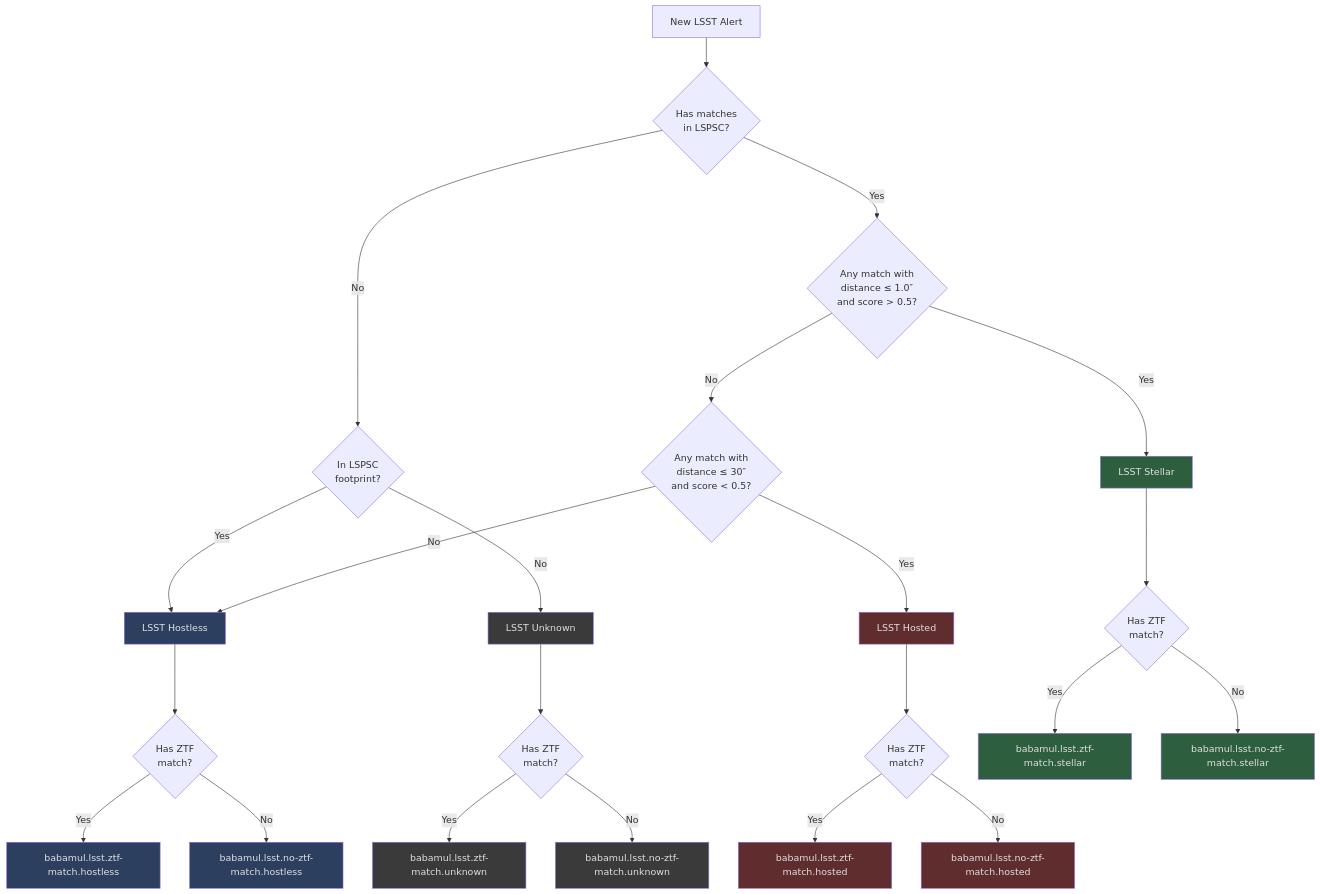
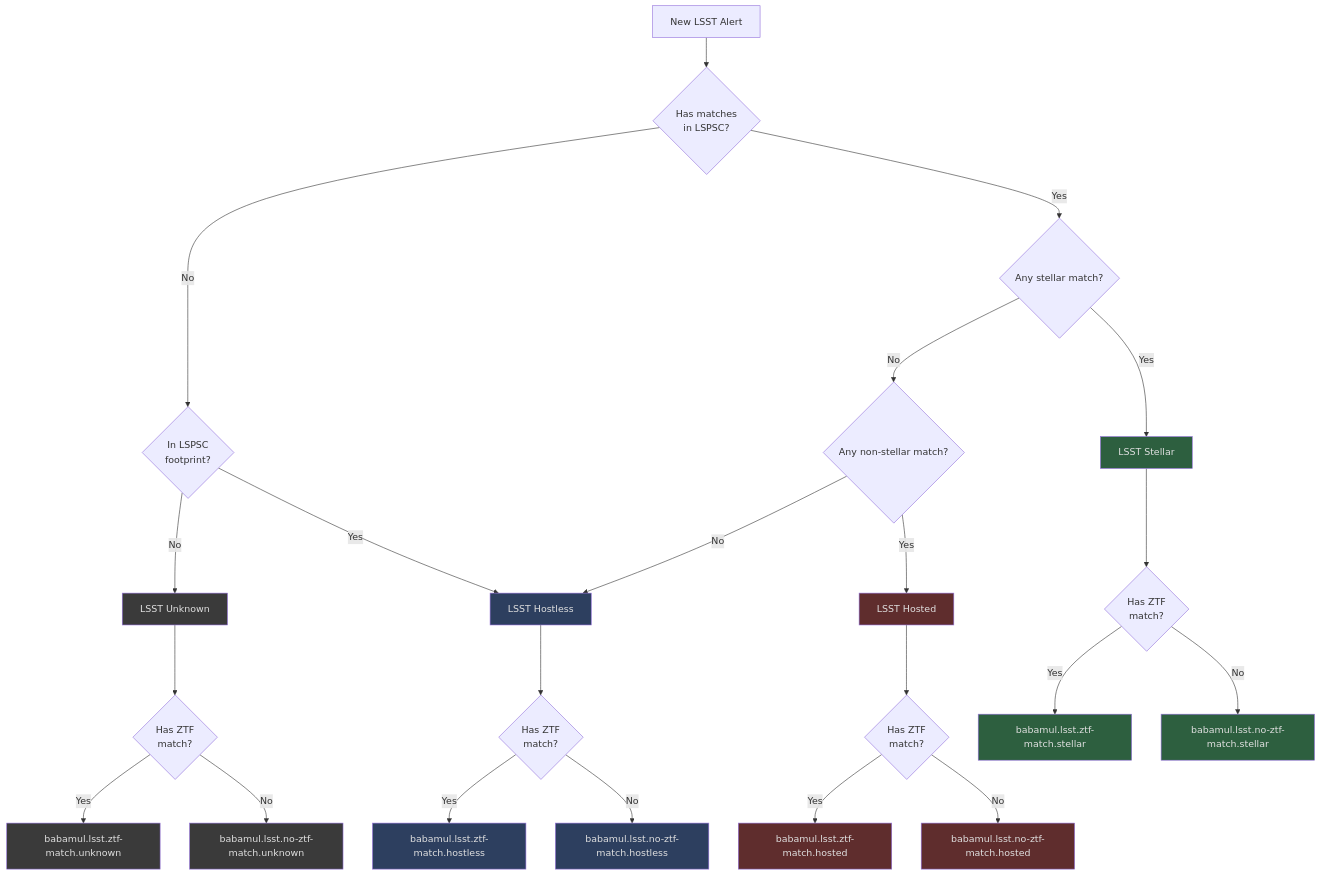
The second of 3 diagrams in docs/babamul.md (boom-astro/boom), drawn with Mermaid before and after one commit. The commit also changed other lines of this file, not shown here.

Commit message:
simplify

````diff
--- a/docs/babamul.md
+++ b/docs/babamul.md
@@ -133,41 +133,41 @@
 ```mermaid
 flowchart TD
     LSST[New LSST Alert] --> CheckLSPSC{Has matches<br/>in LSPSC?}
 
     CheckLSPSC -->|No| CheckFootprint{In LSPSC<br/>footprint?}
+    CheckFootprint -->|No| LSST_Unknown[LSST Unknown]
     CheckFootprint -->|Yes| LSST_Hostless[LSST Hostless]
-    CheckFootprint -->|No| LSST_Unknown[LSST Unknown]
 
-    CheckLSPSC -->|Yes| CheckLSSTStellar{Any match with<br/>distance ≤ 1.0″<br/>and score > 0.5?}
+    CheckLSPSC -->|Yes| CheckLSSTStellar{Any stellar match?}
     CheckLSSTStellar -->|Yes| LSST_Stellar[LSST Stellar]
-    CheckLSSTStellar -->|No| CheckHosted{Any match with<br/>distance ≤ 30″<br/>and score < 0.5?}
+    CheckLSSTStellar -->|No| CheckHosted{Any non-stellar match?}
     CheckHosted -->|Yes| LSST_Hosted[LSST Hosted]
     CheckHosted -->|No| LSST_Hostless
 
     LSST_Stellar --> CheckZTFMatch_Stellar{Has ZTF<br/>match?}
     LSST_Hosted --> CheckZTFMatch_Hosted{Has ZTF<br/>match?}
     LSST_Hostless --> CheckZTFMatch_Hostless{Has ZTF<br/>match?}
     LSST_Unknown --> CheckZTFMatch_Unknown{Has ZTF<br/>match?}
 
     CheckZTFMatch_Stellar -->|Yes| Topic1[babamul.lsst.ztf-match.stellar]
     CheckZTFMatch_Stellar -->|No| Topic5[babamul.lsst.no-ztf-match.stellar]
     CheckZTFMatch_Hosted -->|Yes| Topic2[babamul.lsst.ztf-match.hosted]
     CheckZTFMatch_Hosted -->|No| Topic6[babamul.lsst.no-ztf-match.hosted]
     CheckZTFMatch_Hostless -->|Yes| Topic3[babamul.lsst.ztf-match.hostless]
     CheckZTFMatch_Hostless -->|No| Topic7[babamul.lsst.no-ztf-match.hostless]
     CheckZTFMatch_Unknown -->|Yes| Topic4[babamul.lsst.ztf-match.unknown]
     CheckZTFMatch_Unknown -->|No| Topic8[babamul.lsst.no-ztf-match.unknown]
 
     style LSST_Stellar fill:#2d5f3f,color:#e0e0e0
     style LSST_Hosted fill:#5f2d2d,color:#e0e0e0
     style LSST_Hostless fill:#2d3f5f,color:#e0e0e0
     style LSST_Unknown fill:#3a3a3a,color:#e0e0e0
     style Topic1 fill:#2d5f3f,color:#e0e0e0
     style Topic2 fill:#5f2d2d,color:#e0e0e0
     style Topic3 fill:#2d3f5f,color:#e0e0e0
     style Topic4 fill:#3a3a3a,color:#e0e0e0
     style Topic5 fill:#2d5f3f,color:#e0e0e0
     style Topic6 fill:#5f2d2d,color:#e0e0e0
     style Topic7 fill:#2d3f5f,color:#e0e0e0
     style Topic8 fill:#3a3a3a,color:#e0e0e0
 ```
````
